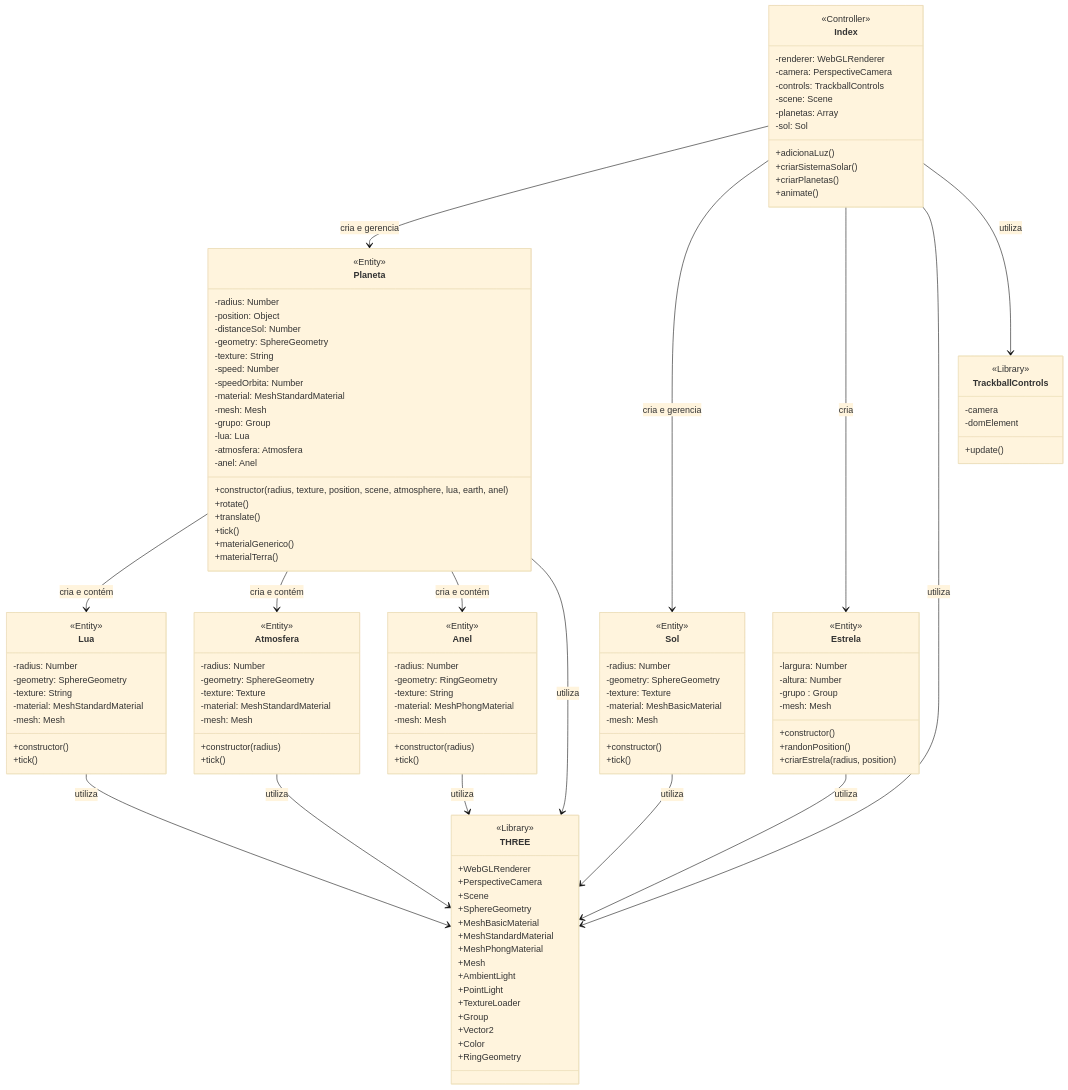
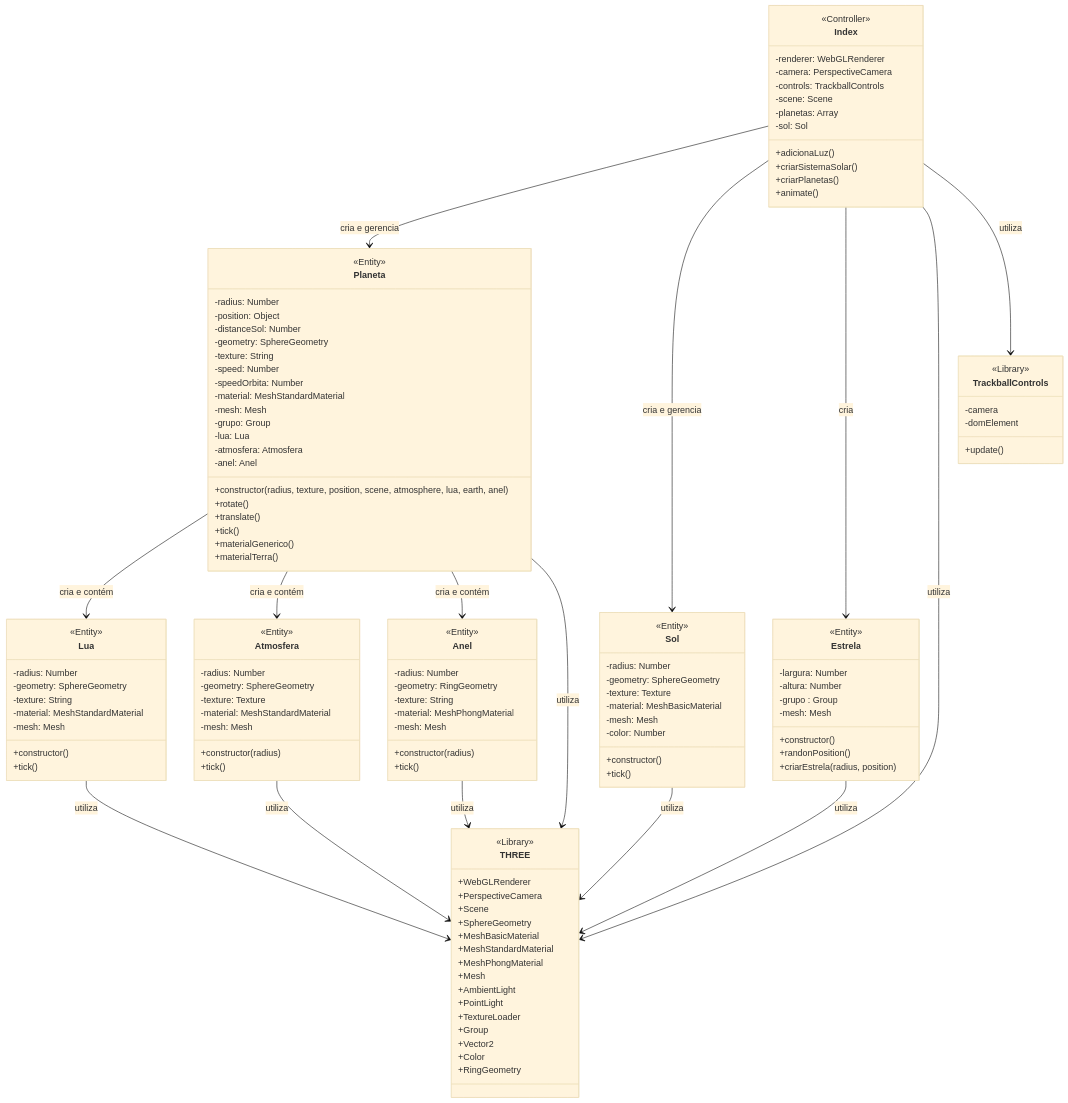
Before and after one commit to StephanyeCunto/ComputacaoGrafica: the diagram in Sistema_Solar/Sistema_Solar_3D/README.md, drawn with Mermaid (base theme). The commit also changed 5 other files, not shown here.

```diff
--- a/Sistema_Solar/Sistema_Solar_3D/README.md
+++ b/Sistema_Solar/Sistema_Solar_3D/README.md
@@ -209,6 +209,7 @@
  -texture: Texture
  -material: MeshBasicMaterial
  -mesh: Mesh
+ -color: Number
  +constructor()
  +tick()
  }
```
